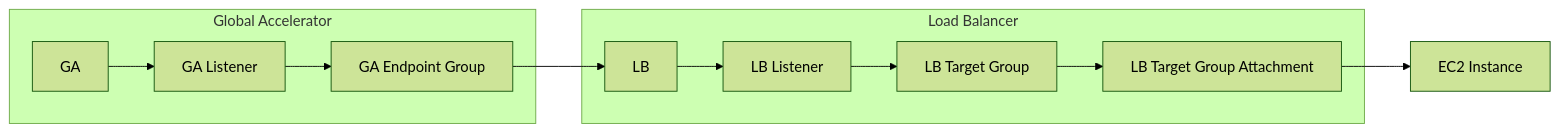
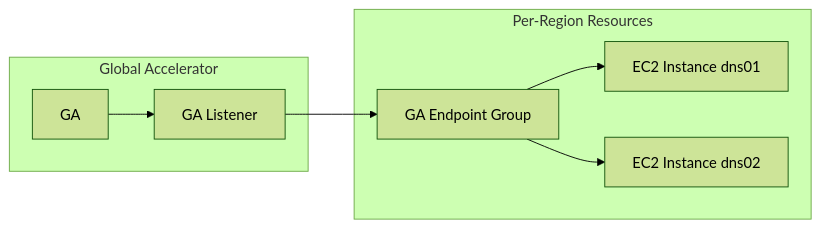
One commit to jeffsw/awscast_demo changed the diagram in README.md. Above: the diagram before and after it, drawn with Mermaid (forest theme). The commit also changed other lines of this file and 9 other files, not shown here.

````diff
--- a/README.md
+++ b/README.md
@@ -9,24 +11,18 @@
 ```mermaid
 graph LR
 subgraph Global Accelerator
 	aws_globalaccelerator["GA"]
 	aws_globalaccelerator_listener["GA Listener"]
+end
+subgraph Per-Region Resources
 	aws_globalaccelerator_endpoint_group["GA Endpoint Group"]
+  aws_instance_01["EC2 Instance dns01"]
+  aws_instance_02["EC2 Instance dns02"]
 end
-subgraph Load Balancer
-	aws_lb["LB"]
-	aws_lb_listener["LB Listener"]
-	aws_lb_target_group["LB Target Group"]
-	aws_lb_target_group_attachment["LB Target Group Attachment"]
-end
-aws_instance["EC2 Instance"]
 
 aws_globalaccelerator --> aws_globalaccelerator_listener
 aws_globalaccelerator_listener --> aws_globalaccelerator_endpoint_group
-aws_globalaccelerator_endpoint_group --> aws_lb
-aws_lb --> aws_lb_listener
-aws_lb_listener --> aws_lb_target_group
-aws_lb_target_group --> aws_lb_target_group_attachment
-aws_lb_target_group_attachment --> aws_instance
+aws_globalaccelerator_endpoint_group --> aws_instance_01
+aws_globalaccelerator_endpoint_group --> aws_instance_02
 
 ```
````
